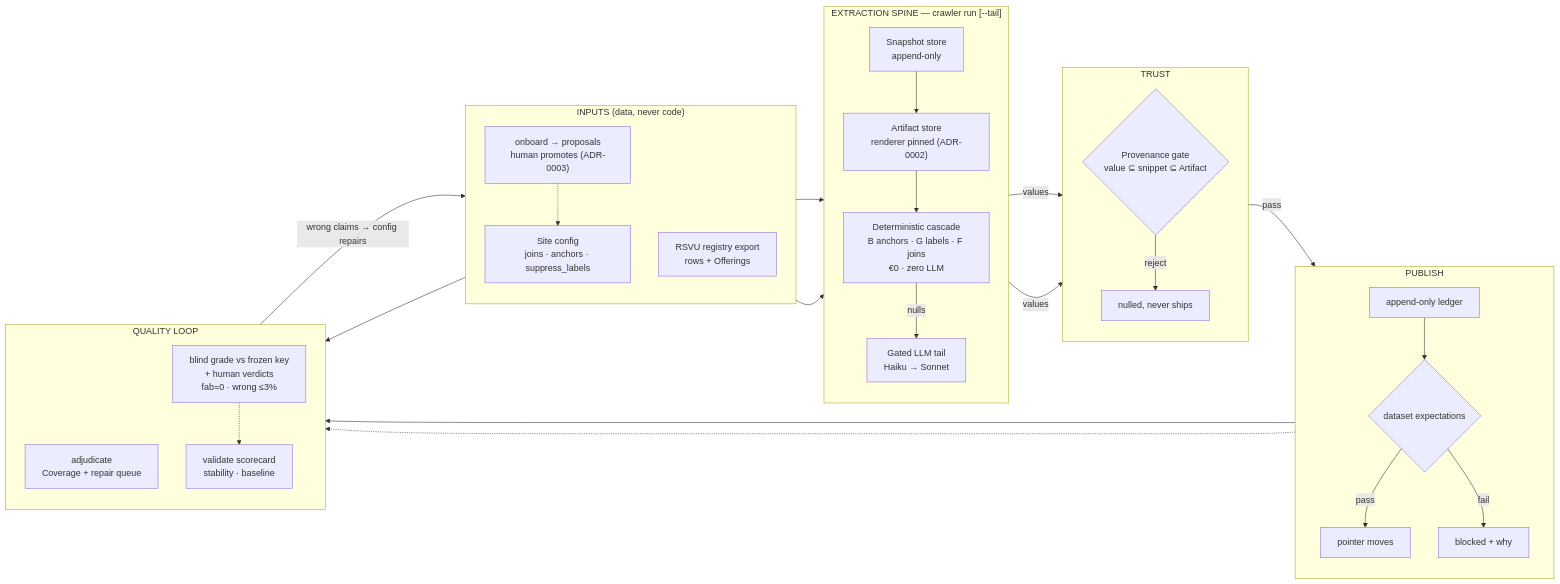
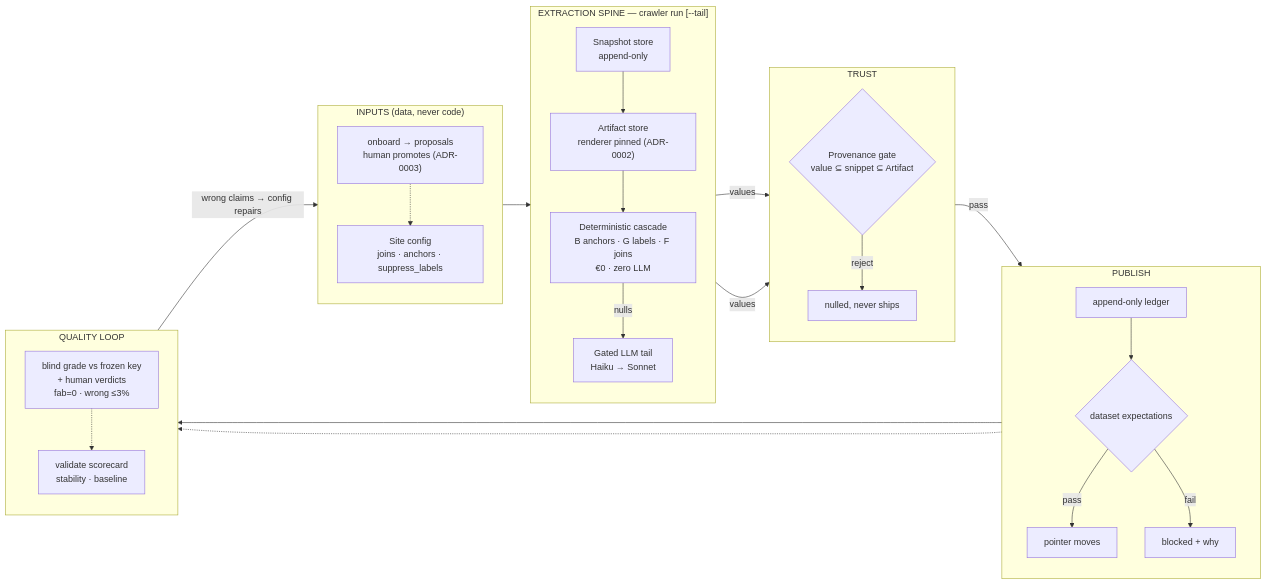
Before and after one commit to PandishPanda/RFC_C_Hybrid_Crawler: the diagram in docs/architecture.md, drawn with Mermaid. The commit also changed other lines of this file and 43 other files, not shown here.

First line of the commit message:
ADR-0006: drop the RSVU registry entirely

````diff
--- a/docs/architecture.md
+++ b/docs/architecture.md
@@ -6,47 +6,43 @@
 ```mermaid
 flowchart LR
     subgraph IN["INPUTS (data, never code)"]
         direction TB
         CFG["Site config<br/>joins · anchors · suppress_labels"]
-        REG["RSVU registry export<br/>rows + Offerings"]
         ONB["onboard → proposals<br/>human promotes (ADR-0003)"] -.-> CFG
     end
 
     subgraph SPINE["EXTRACTION SPINE — crawler run [--tail]"]
         direction TB
         FETCH["Snapshot store<br/>append-only"] --> REND["Artifact store<br/>renderer pinned (ADR-0002)"]
         REND --> CASC["Deterministic cascade<br/>B anchors · G labels · F joins<br/>€0 · zero LLM"]
         CASC -- nulls --> TAIL["Gated LLM tail<br/>Haiku → Sonnet"]
     end
 
     subgraph TRUST["TRUST"]
         direction TB
         GATE{"Provenance gate<br/>value ⊆ snippet ⊆ Artifact"}
         GATE -- reject --> NUL["nulled, never ships"]
     end
 
     subgraph PUB["PUBLISH"]
         direction TB
         LED["append-only ledger"] --> EXP{"dataset expectations"}
         EXP -- pass --> PTR["pointer moves"]
         EXP -- fail --> BLK["blocked + why"]
     end
 
     subgraph QA["QUALITY LOOP"]
         direction TB
-        ADJ["adjudicate<br/>Coverage + repair queue"]
         GRD["blind grade vs frozen key<br/>+ human verdicts<br/>fab=0 · wrong ≤3%"]
         VAL["validate scorecard<br/>stability · baseline"]
     end
 
     CFG --> FETCH
-    REG --> CASC
-    REG --> ADJ
     CASC -- values --> GATE
     TAIL -- values --> GATE
     GATE -- pass --> LED
     LED --> GRD
     GRD -- "wrong claims → config repairs" --> CFG
     PTR -.-> VAL
     GRD -.-> VAL
 ```
````
